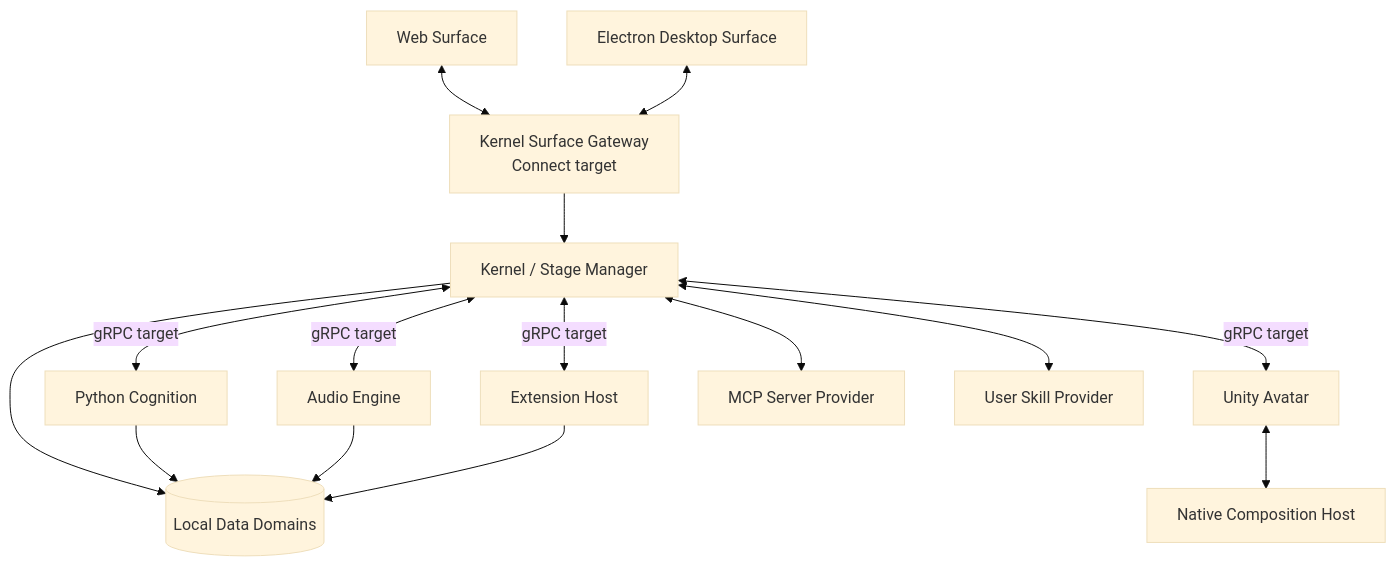
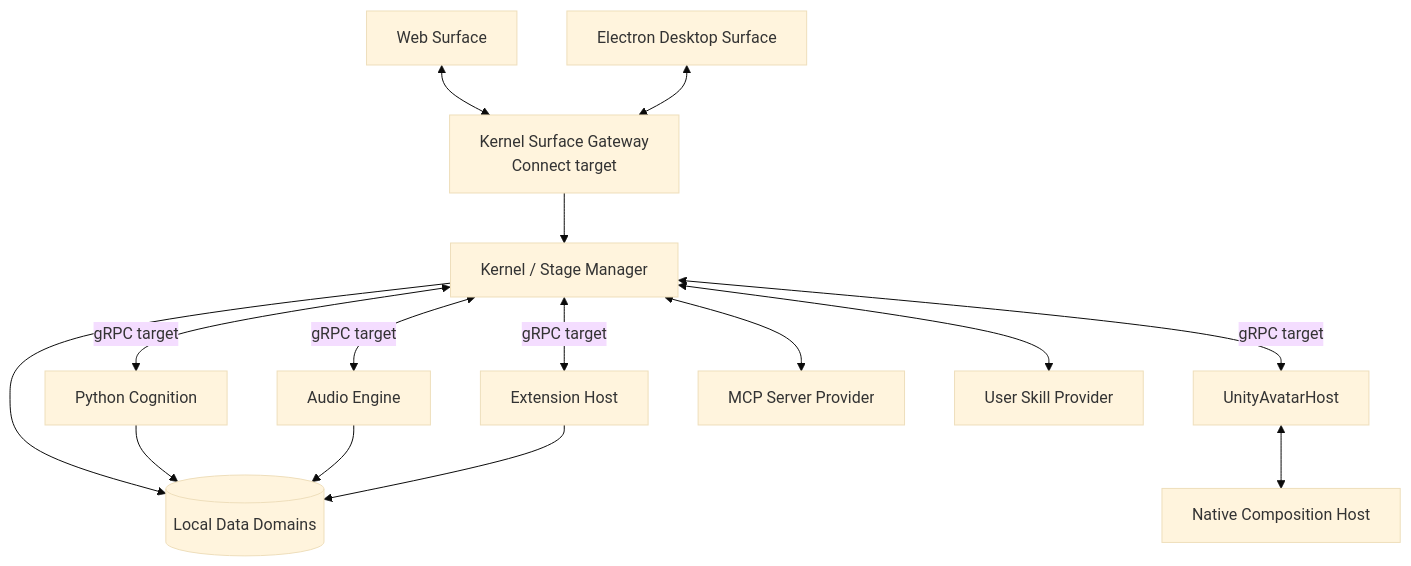
One commit to lociere/glimmer-cradle changed the third of 4 diagrams in docs/architecture/blueprint/微光摇篮架构蓝图.md. Above: the diagram before and after it, drawn with Mermaid (base theme). The commit also changed other lines of this file and 6 other files, not shown here.

````diff
--- a/docs/architecture/blueprint/微光摇篮架构蓝图.md
+++ b/docs/architecture/blueprint/微光摇篮架构蓝图.md
@@ -287,30 +293,30 @@
 ```mermaid
 flowchart TB
   Web[Web Surface]
   Desktop[Electron Desktop Surface]
   Gateway[Kernel Surface Gateway<br/>Connect target]
   Kernel[Kernel / Stage Manager]
   Cognition[Python Cognition]
   Audio[Audio Engine]
-  Avatar[Unity Avatar]
+  Avatar[UnityAvatarHost]
   Native[Native Composition Host]
   Ext[Extension Host]
   MCP[MCP Server Provider]
   UserSkill[User Skill Provider]
   Data[(Local Data Domains)]
 
   Web <--> Gateway
   Desktop <--> Gateway
   Gateway --> Kernel
   Kernel <-->|gRPC target| Cognition
   Kernel <-->|gRPC target| Audio
   Kernel <-->|gRPC target| Avatar
   Avatar <--> Native
   Kernel <-->|gRPC target| Ext
   Kernel <--> MCP
   Kernel <--> UserSkill
   Kernel --> Data
   Cognition --> Data
   Audio --> Data
   Ext --> Data
 ```
````
